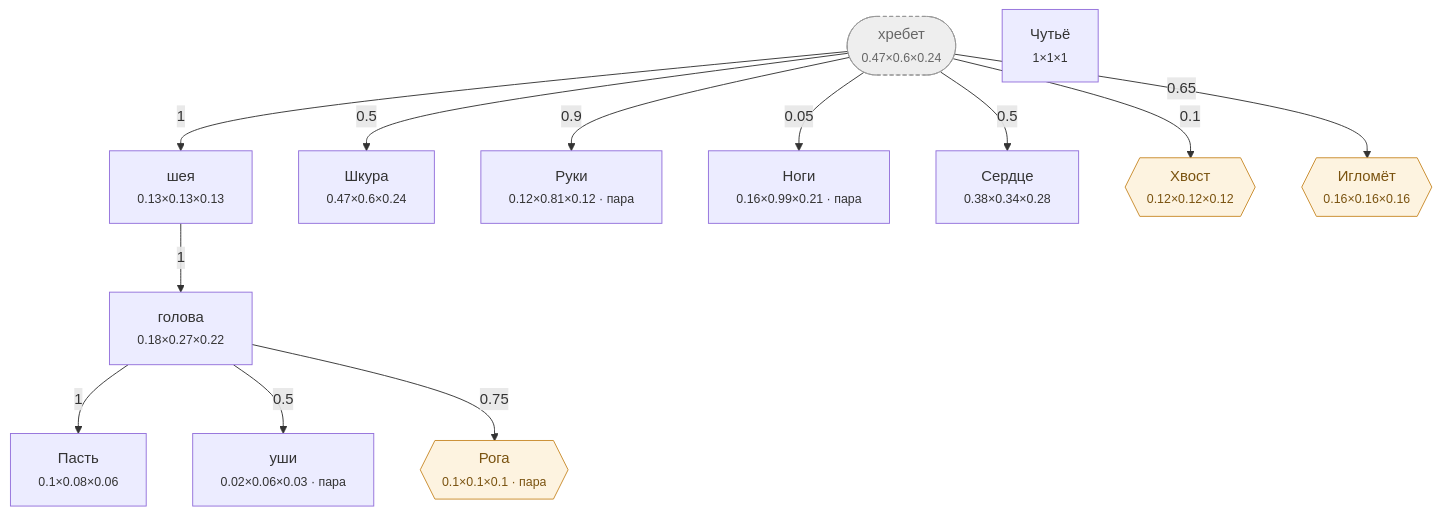
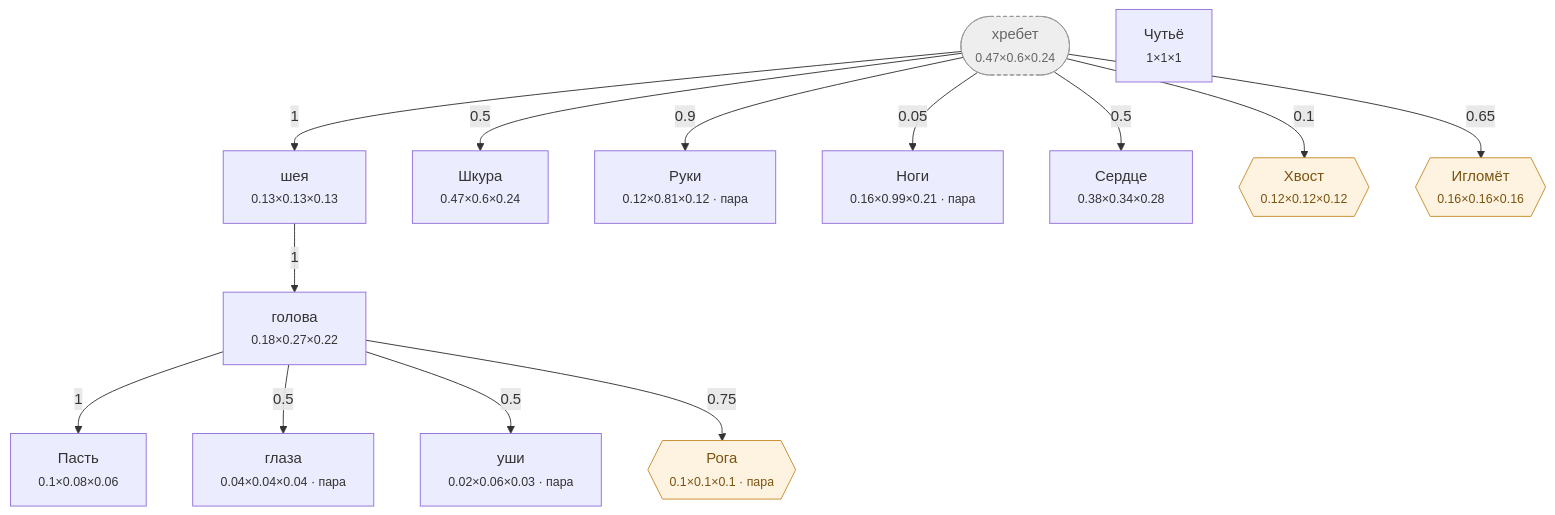
The diagram in Docs/Диаграммы/Человек.md (darklordshish/ChimeraEvolution-2026-06-26_15-29-59), drawn with Mermaid before and after one commit. The commit also changed other lines of this file and 23 other files, not shown here.

````diff
--- a/Docs/Диаграммы/Человек.md
+++ b/Docs/Диаграммы/Человек.md
@@ -21,34 +22,36 @@
 ```mermaid
 flowchart TD
     n0(["хребет<br/><small>0.47×0.6×0.24</small>"])
     n1["голова<br/><small>0.18×0.27×0.22</small>"]
     n2["Пасть<br/><small>0.1×0.08×0.06</small>"]
-    n3["уши<br/><small>0.02×0.06×0.03 · пара</small>"]
-    n4["шея<br/><small>0.13×0.13×0.13</small>"]
-    n5["Шкура<br/><small>0.47×0.6×0.24</small>"]
-    n6["Руки<br/><small>0.12×0.81×0.12 · пара</small>"]
-    n7["Ноги<br/><small>0.16×0.99×0.21 · пара</small>"]
-    n8["Сердце<br/><small>0.38×0.34×0.28</small>"]
-    n9["Чутьё<br/><small>1×1×1</small>"]
-    n10{{"Хвост<br/><small>0.12×0.12×0.12</small>"}}
-    n11{{"Рога<br/><small>0.1×0.1×0.1 · пара</small>"}}
-    n12{{"Игломёт<br/><small>0.16×0.16×0.16</small>"}}
+    n3["глаза<br/><small>0.04×0.04×0.04 · пара</small>"]
+    n4["уши<br/><small>0.02×0.06×0.03 · пара</small>"]
+    n5["шея<br/><small>0.13×0.13×0.13</small>"]
+    n6["Шкура<br/><small>0.47×0.6×0.24</small>"]
+    n7["Руки<br/><small>0.12×0.81×0.12 · пара</small>"]
+    n8["Ноги<br/><small>0.16×0.99×0.21 · пара</small>"]
+    n9["Сердце<br/><small>0.38×0.34×0.28</small>"]
+    n10["Чутьё<br/><small>1×1×1</small>"]
+    n11{{"Хвост<br/><small>0.12×0.12×0.12</small>"}}
+    n12{{"Рога<br/><small>0.1×0.1×0.1 · пара</small>"}}
+    n13{{"Игломёт<br/><small>0.16×0.16×0.16</small>"}}
 
-    n4 -->|1| n1
+    n5 -->|1| n1
     n1 -->|1| n2
     n1 -->|0.5| n3
-    n0 -->|1| n4
-    n0 -->|0.5| n5
-    n0 -->|0.9| n6
-    n0 -->|0.05| n7
-    n0 -->|0.5| n8
-    n0 -->|0.1| n10
-    n1 -->|0.75| n11
-    n0 -->|0.65| n12
+    n1 -->|0.5| n4
+    n0 -->|1| n5
+    n0 -->|0.5| n6
+    n0 -->|0.9| n7
+    n0 -->|0.05| n8
+    n0 -->|0.5| n9
+    n0 -->|0.1| n11
+    n1 -->|0.75| n12
+    n0 -->|0.65| n13
 
     classDef hid fill:#eee,stroke:#999,stroke-dasharray:4 3,color:#666
     classDef gr fill:#fdf3e0,stroke:#c98a2b,color:#7a5310
     classDef ch fill:#e8f2ff,stroke:#3b74c4,color:#1c3f70
     class n0 hid
-    class n10,n11,n12 gr
+    class n11,n12,n13 gr
 ```
````
